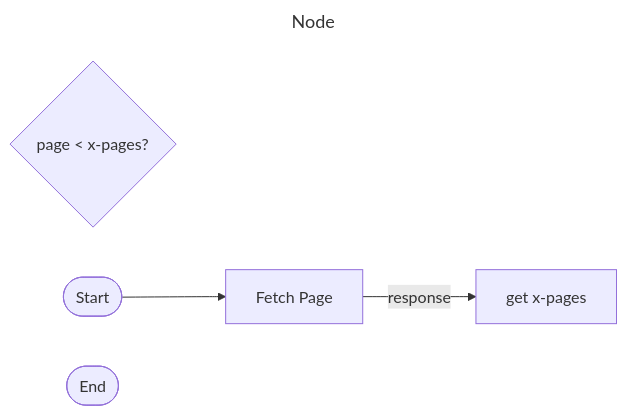
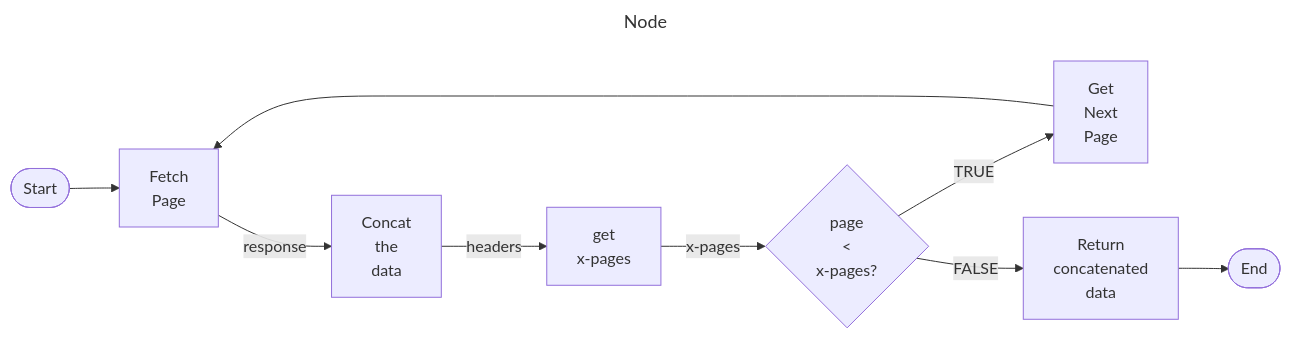
One commit to Incomplete-Infinity/library changed the diagram in snippets/web/fetchAllPages.md. Above: the diagram before and after it, drawn with Mermaid.

````diff
--- a/snippets/web/fetchAllPages.md
+++ b/snippets/web/fetchAllPages.md
@@ -58,18 +58,30 @@
 ```mermaid
 ---
 title: Node
 ---
 flowchart LR
   start(["Start"]) --> 1
 
-  1["Fetch Page"] --> |response| 2
+  1["Fetch
+Page"] --> |response| 2
 
-  2["get x-pages"]
+  3["get
+x-pages"] --> |x-pages| 4
 
-  3{"page < x-pages?"}
-
-
+  4{"page
+<
+x-pages?"} --> |TRUE| 5
+  4 --> |FALSE| 6
+  2["Concat
+the
+data"] --> |headers| 3
+  5["Get
+Next
+Page"] --> 1
+  6["Return
+concatenated
+data"] --> nd
 
   nd(["End"])
 
 ```
````
